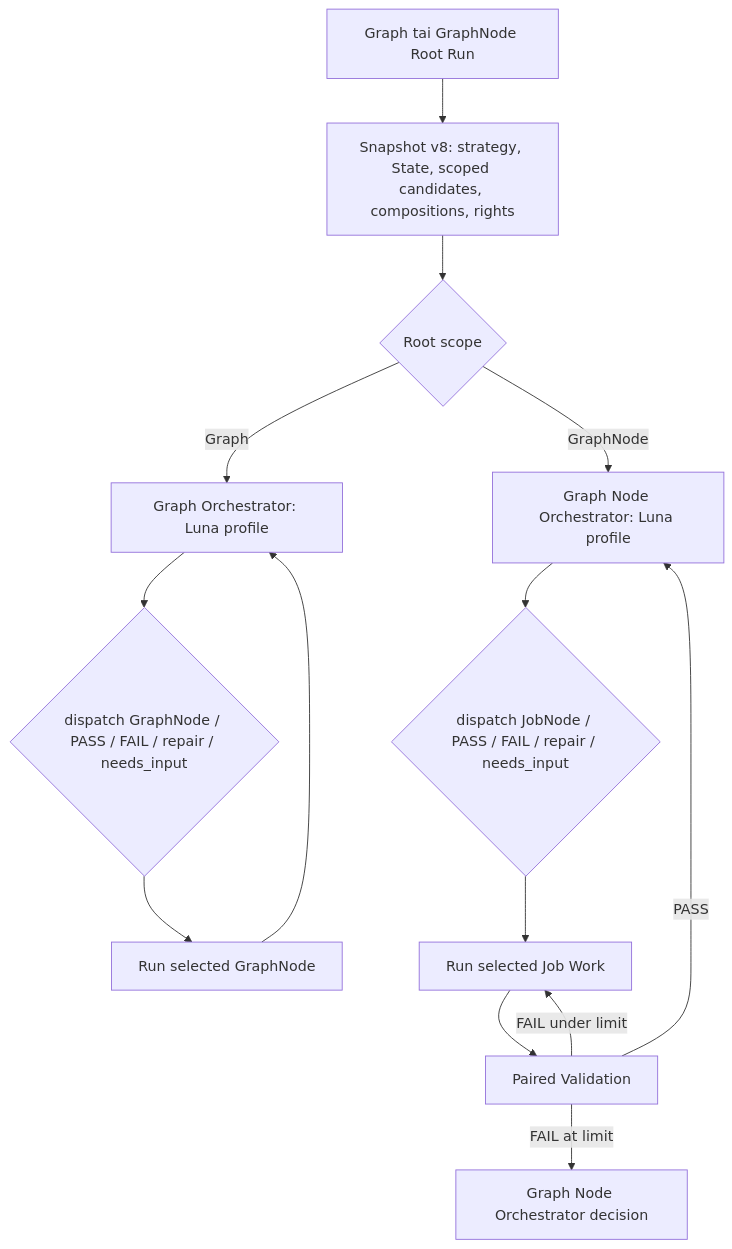
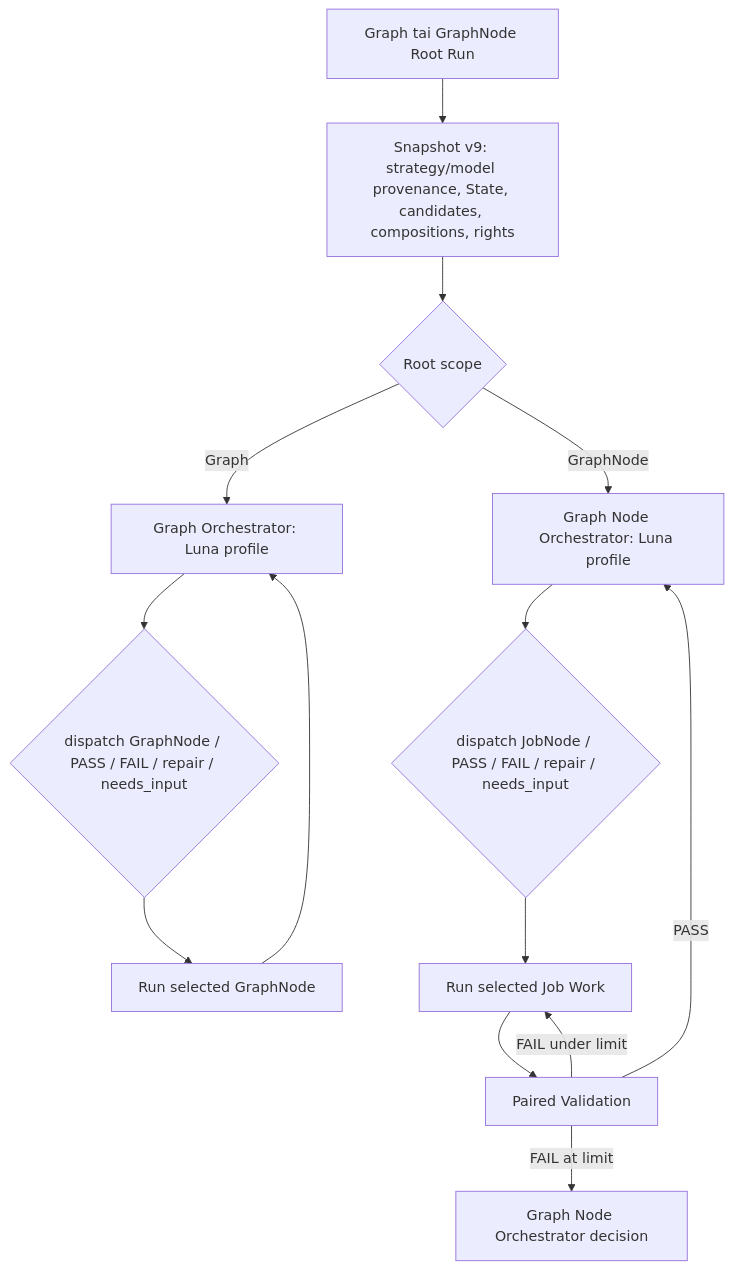
One commit to isinisalo/ballet changed the eighth of 12 diagrams in .ballet/arc42/06-runtime-view.md. Above: the diagram before and after it, drawn with Mermaid. The commit also changed other lines of this file and 138 other files, not shown here.

````diff
--- a/.ballet/arc42/06-runtime-view.md
+++ b/.ballet/arc42/06-runtime-view.md
@@ -187,16 +187,16 @@
 ```mermaid
 flowchart TD
-  start["Graph tai GraphNode Root Run"] --> snapshot["Snapshot v8: strategy, State, scoped candidates, compositions, rights"]
+  start["Graph tai GraphNode Root Run"] --> snapshot["Snapshot v9: strategy/model provenance, State, candidates, compositions, rights"]
   snapshot --> scope{"Root scope"}
   scope -->|"Graph"| graphOrch["Graph Orchestrator: Luna profile"]
   scope -->|"GraphNode"| nodeOrch["Graph Node Orchestrator: Luna profile"]
   graphOrch --> graphEnum{"dispatch GraphNode / PASS / FAIL / repair / needs_input"}
   graphEnum --> child["Run selected GraphNode"]
   child --> graphOrch
   nodeOrch --> jobEnum{"dispatch JobNode / PASS / FAIL / repair / needs_input"}
   jobEnum --> work["Run selected Job Work"]
   work --> validation["Paired Validation"]
   validation -->|"PASS"| nodeOrch
   validation -->|"FAIL under limit"| work
   validation -->|"FAIL at limit"| repairChoice["Graph Node Orchestrator decision"]
 ```
````
